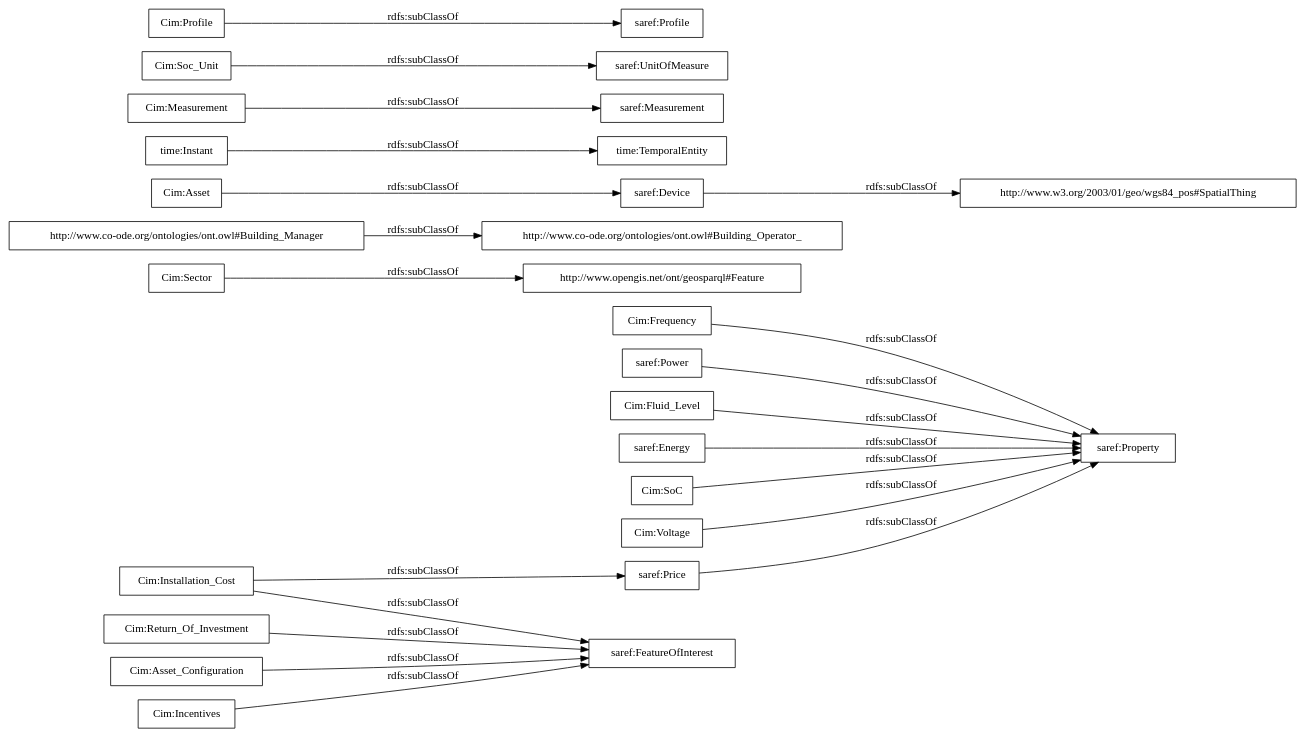
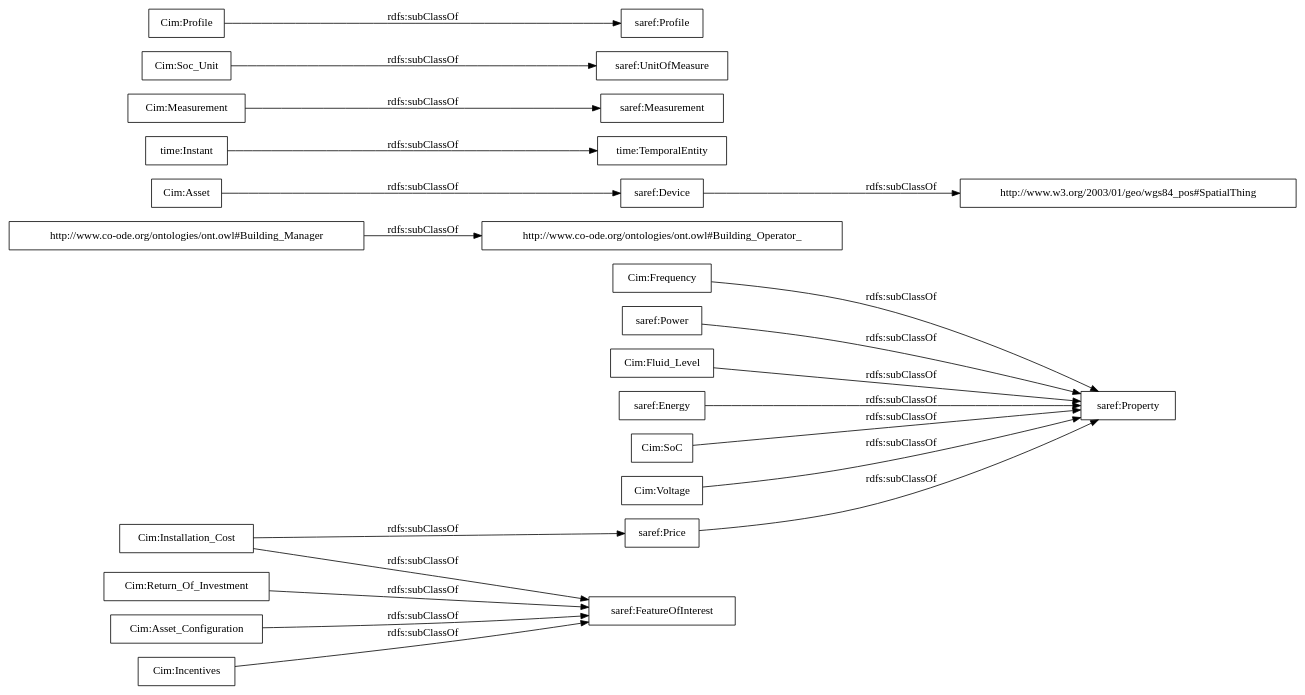
Before and after one commit to sidirasg/re-cognition-1: the diagram in OnToology/RE_Cognition.owl/diagrams/ar2dtool-taxonomy/RE_Cognition.owl.png.dot, drawn with Graphviz. The commit also changed 11 other files, not shown here.

```diff
--- a/OnToology/RE_Cognition.owl/diagrams/ar2dtool-taxonomy/RE_Cognition.owl.png.dot
+++ b/OnToology/RE_Cognition.owl/diagrams/ar2dtool-taxonomy/RE_Cognition.owl.png.dot
@@ -1,26 +1,25 @@
 digraph ar2dtool_diagram { 
 rankdir=LR;
 size="1000"
-node [shape = rectangle, color="black"]; "Cim:Frequency" "http://www.opengis.net/ont/geosparql#Feature" "Cim:Return_Of_Investment" "saref:Property" "http://www.co-ode.org/ontologies/ont.owl#Building_Manager" "Cim:Asset" "saref:Power" "saref:Device" "Cim:Fluid_Level" "saref:Energy" "Cim:SoC" "saref:FeatureOfInterest" "Cim:Voltage" "time:TemporalEntity" "Cim:Measurement" "http://www.w3.org/2003/01/geo/wgs84_pos#SpatialThing" "Cim:Soc_Unit" "saref:Price" "saref:Profile" "Cim:Asset_Configuration" "Cim:Sector" "saref:UnitOfMeasure" "saref:Measurement" "http://www.co-ode.org/ontologies/ont.owl#Building_Operator_" "Cim:Incentives" "time:Instant" "Cim:Installation_Cost" "Cim:Profile" ; /*classes style*/
+node [shape = rectangle, color="black"]; "Cim:Frequency" "Cim:Return_Of_Investment" "saref:Property" "http://www.co-ode.org/ontologies/ont.owl#Building_Manager" "Cim:Asset" "saref:Power" "saref:Device" "Cim:Fluid_Level" "saref:Energy" "Cim:SoC" "saref:FeatureOfInterest" "Cim:Voltage" "time:TemporalEntity" "Cim:Measurement" "http://www.w3.org/2003/01/geo/wgs84_pos#SpatialThing" "Cim:Soc_Unit" "saref:Price" "saref:Profile" "Cim:Asset_Configuration" "saref:UnitOfMeasure" "saref:Measurement" "http://www.co-ode.org/ontologies/ont.owl#Building_Operator_" "Cim:Incentives" "time:Instant" "Cim:Installation_Cost" "Cim:Profile" ; /*classes style*/
 	"Cim:Voltage" -> "saref:Property" [ label = "rdfs:subClassOf" ];
 	"saref:Price" -> "saref:Property" [ label = "rdfs:subClassOf" ];
+	"Cim:Fluid_Level" -> "saref:Property" [ label = "rdfs:subClassOf" ];
 	"Cim:Asset" -> "saref:Device" [ label = "rdfs:subClassOf" ];
-	"Cim:Fluid_Level" -> "saref:Property" [ label = "rdfs:subClassOf" ];
-	"Cim:Sector" -> "http://www.opengis.net/ont/geosparql#Feature" [ label = "rdfs:subClassOf" ];
 	"Cim:Return_Of_Investment" -> "saref:FeatureOfInterest" [ label = "rdfs:subClassOf" ];
 	"Cim:Asset_Configuration" -> "saref:FeatureOfInterest" [ label = "rdfs:subClassOf" ];
 	"Cim:SoC" -> "saref:Property" [ label = "rdfs:subClassOf" ];
 	"Cim:Incentives" -> "saref:FeatureOfInterest" [ label = "rdfs:subClassOf" ];
 	"Cim:Installation_Cost" -> "saref:Price" [ label = "rdfs:subClassOf" ];
 	"Cim:Installation_Cost" -> "saref:FeatureOfInterest" [ label = "rdfs:subClassOf" ];
 	"Cim:Soc_Unit" -> "saref:UnitOfMeasure" [ label = "rdfs:subClassOf" ];
 	"http://www.co-ode.org/ontologies/ont.owl#Building_Manager" -> "http://www.co-ode.org/ontologies/ont.owl#Building_Operator_" [ label = "rdfs:subClassOf" ];
 	"Cim:Profile" -> "saref:Profile" [ label = "rdfs:subClassOf" ];
 	"Cim:Measurement" -> "saref:Measurement" [ label = "rdfs:subClassOf" ];
 	"time:Instant" -> "time:TemporalEntity" [ label = "rdfs:subClassOf" ];
 	"saref:Energy" -> "saref:Property" [ label = "rdfs:subClassOf" ];
 	"saref:Power" -> "saref:Property" [ label = "rdfs:subClassOf" ];
 	"Cim:Frequency" -> "saref:Property" [ label = "rdfs:subClassOf" ];
 	"saref:Device" -> "http://www.w3.org/2003/01/geo/wgs84_pos#SpatialThing" [ label = "rdfs:subClassOf" ];
 
 }
```
